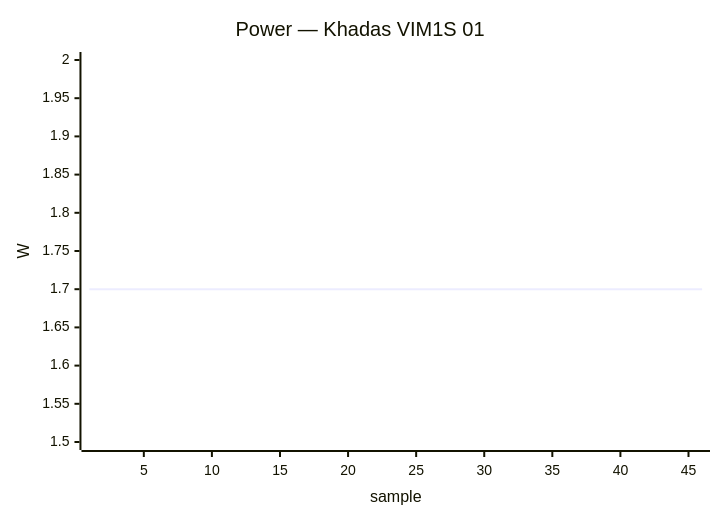
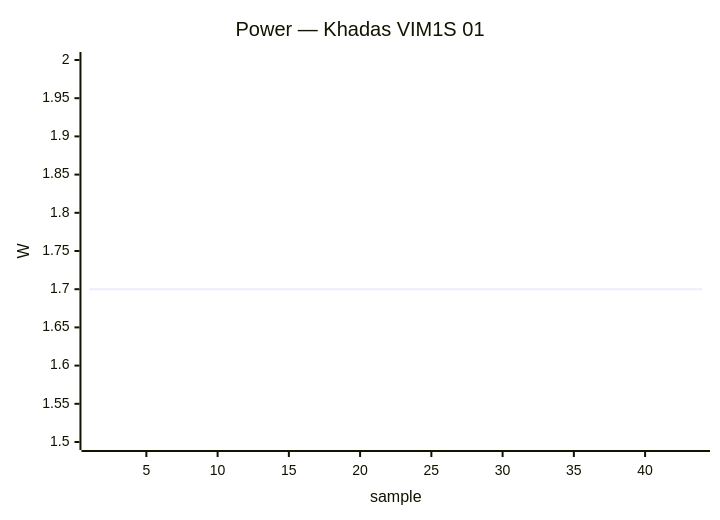
One commit to armbian/documentation changed the second of 34 diagrams in docs/status/board-tests.md. Above: the diagram before and after it, drawn with Mermaid. The commit also changed other lines of this file, not shown here.

````diff
--- a/docs/status/board-tests.md
+++ b/docs/status/board-tests.md
@@ -86,7 +86,7 @@
 ```mermaid
 xychart-beta
     title "Power — Khadas VIM1S 01"
-    x-axis "sample" 1 --> 46
+    x-axis "sample" 1 --> 44
     y-axis "W" 1.5 --> 2.0
     line [1.70, 1.70, 1.70, 1.70, 1.70, 1.70, 1.70, 1.70, 1.70, 1.70, 1.70, 1.70, 1.70, 1.70, 1.70, 1.70, 1.70, 1.70, 1.70, 1.70, 1.70, 1.70, 1.70, 1.70, 1.70, 1.70, 1.70, 1.70, 1.70, 1.70, 1.70, 1.70, 1.70, 1.70, 1.70, 1.70, 1.70, 1.70, 1.70, 1.70]
 ```
````
